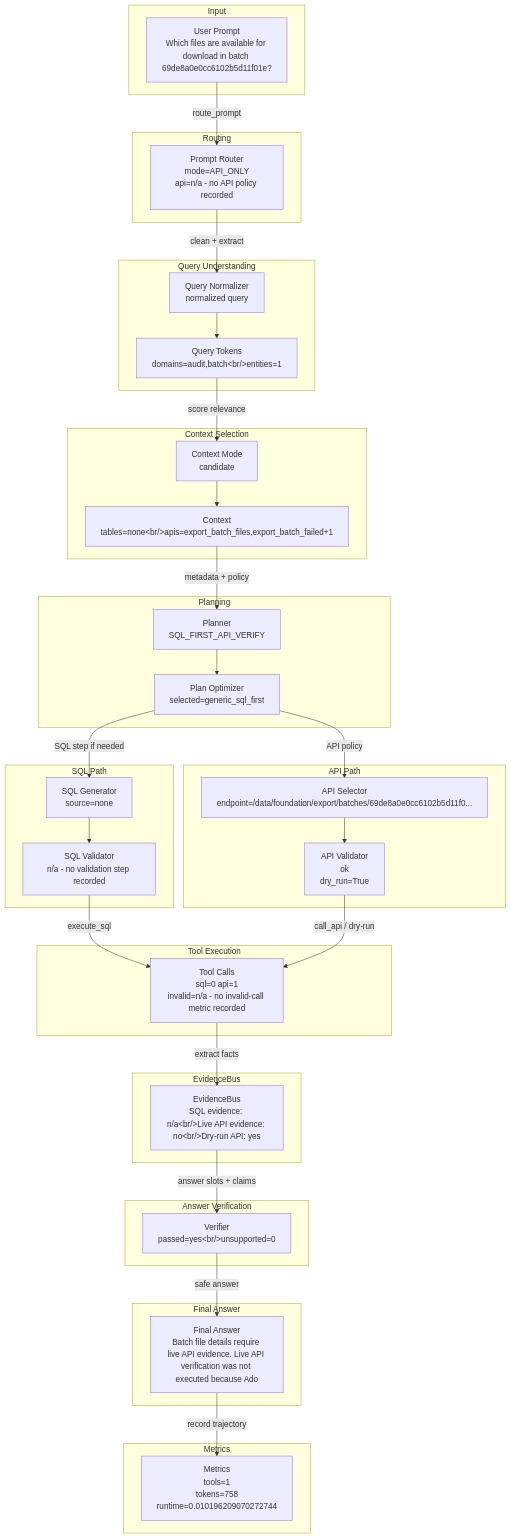
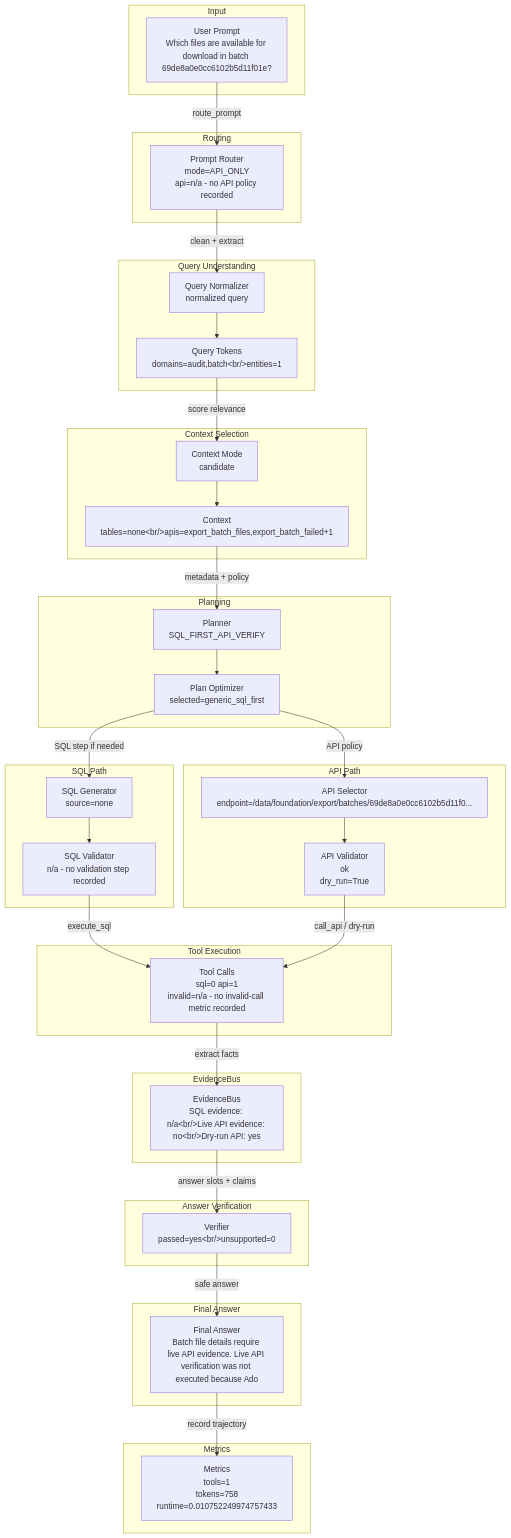
Before and after one commit to dashsys-workshop-vldb/dashsys-workshop-vldb.github.io: the diagram in outputs/visualizations/example_031/sql_first_api_verify/dataflow.md, drawn with Mermaid. The commit also changed other lines of this file and 612 other files, not shown here.

````diff
--- a/outputs/visualizations/example_031/sql_first_api_verify/dataflow.md
+++ b/outputs/visualizations/example_031/sql_first_api_verify/dataflow.md
@@ -19,56 +19,56 @@
 ```mermaid
 flowchart TD
   subgraph Input
     input_prompt["User Prompt<br/>Which files are available for download in batch 69de8a0e0cc6102b5d11f01e?"]
   end
   subgraph Routing
     router["Prompt Router<br/>mode=API_ONLY<br/>api=n/a - no API policy recorded"]
     input_prompt -->|route_prompt| router
   end
   subgraph QueryUnderstanding["Query Understanding"]
     normalizer["Query Normalizer<br/>normalized query"]
     tokens["Query Tokens<br/>domains=audit,batch&lt;br/&gt;entities=1"]
     router -->|clean + extract| normalizer --> tokens
   end
   subgraph ContextSelection["Context Selection"]
     context["Context Mode<br/>candidate"]
     candidates["Context<br/>tables=none&lt;br/&gt;apis=export_batch_files,export_batch_failed+1"]
     tokens -->|score relevance| context --> candidates
   end
   subgraph Planning
     planner["Planner<br/>SQL_FIRST_API_VERIFY"]
     optimizer["Plan Optimizer<br/>selected=generic_sql_first"]
     candidates -->|metadata + policy| planner --> optimizer
   end
   subgraph SQLPath["SQL Path"]
     sqlgen["SQL Generator<br/>source=none"]
     sqlval["SQL Validator<br/>n/a - no validation step recorded"]
     optimizer -->|SQL step if needed| sqlgen --> sqlval
   end
   subgraph APIPath["API Path"]
     apisel["API Selector<br/>endpoint=/data/foundation/export/batches/69de8a0e0cc6102b5d11f0..."]
     apival["API Validator<br/>ok<br/>dry_run=True"]
     optimizer -->|API policy| apisel --> apival
   end
   subgraph ToolExecution["Tool Execution"]
     tools["Tool Calls<br/>sql=0 api=1<br/>invalid=n/a - no invalid-call metric recorded"]
     sqlval -->|execute_sql| tools
     apival -->|call_api / dry-run| tools
   end
   subgraph EvidenceBus
     evidence["EvidenceBus<br/>SQL evidence: n/a&lt;br/&gt;Live API evidence: no&lt;br/&gt;Dry-run API: yes"]
     tools -->|extract facts| evidence
   end
   subgraph AnswerVerification["Answer Verification"]
     verifier["Verifier<br/>passed=yes&lt;br/&gt;unsupported=0"]
     evidence -->|answer slots + claims| verifier
   end
   subgraph FinalAnswer["Final Answer"]
     answer["Final Answer<br/>Batch file details require live API evidence. Live API verification was not executed because Ado"]
     verifier -->|safe answer| answer
   end
   subgraph Metrics
-    metrics["Metrics<br/>tools=1<br/>tokens=758<br/>runtime=0.010196209070272744"]
+    metrics["Metrics<br/>tools=1<br/>tokens=758<br/>runtime=0.010752249974757433"]
     answer -->|record trajectory| metrics
   end
 ```
````
